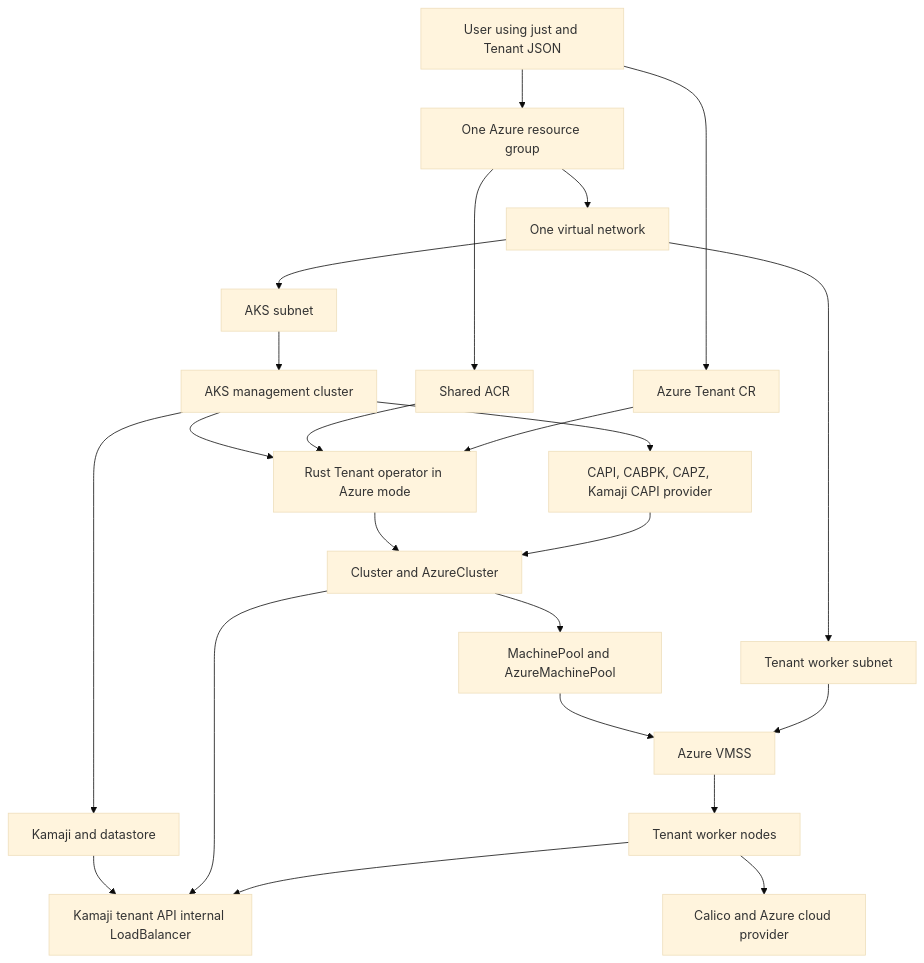
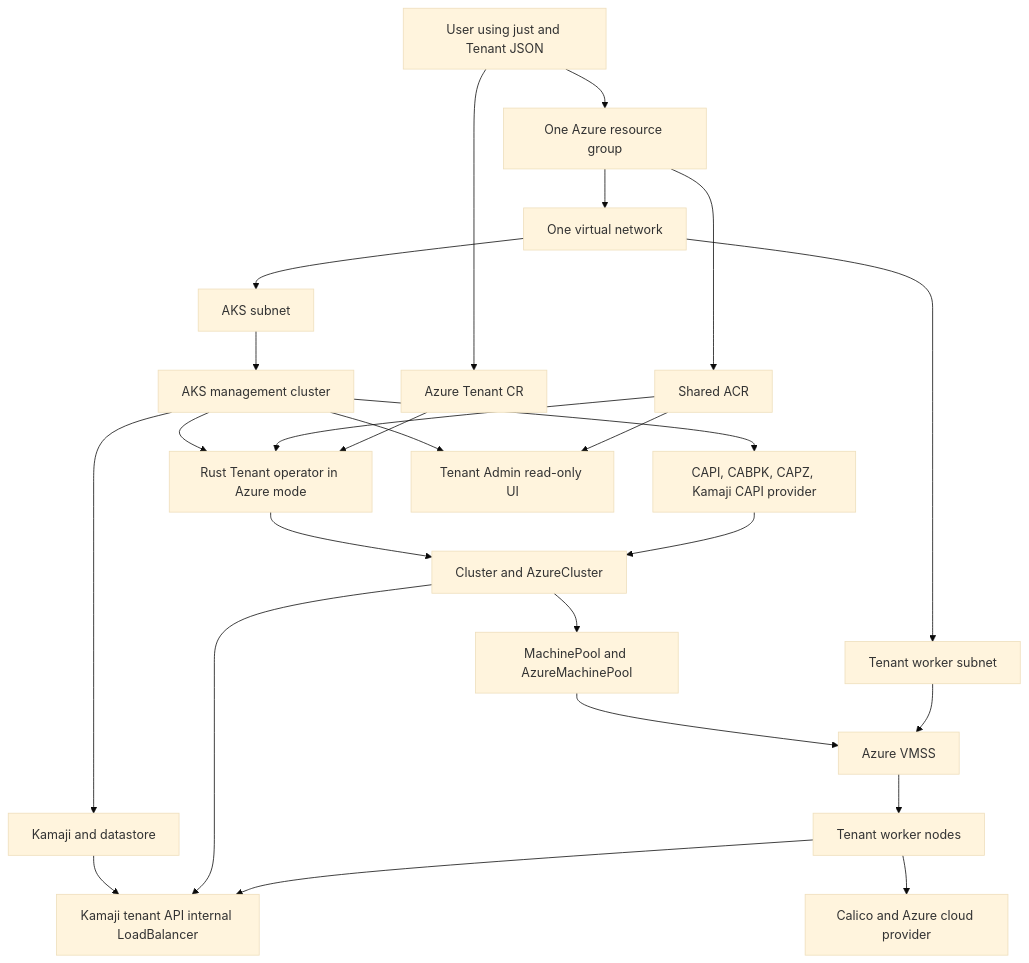
Before and after one commit to youyuanwu/cnpg-vcluster: the diagram in capi/docs/azure-experiment-design.md, drawn with Mermaid (base theme). The commit also changed other lines of this file and 74 other files, not shown here.

First line of the commit message:
[Tenant Admin UI] Add read-only Leptos management console (#29)

````diff
--- a/capi/docs/azure-experiment-design.md
+++ b/capi/docs/azure-experiment-design.md
@@ -83,43 +83,46 @@
 ```mermaid
 flowchart TB
   User[User using just and Tenant JSON]
   AzureRG[One Azure resource group]
   VNet[One virtual network]
   AKSSubnet[AKS subnet]
   TenantSubnet[Tenant worker subnet]
   AKS[AKS management cluster]
   ACR[Shared ACR]
   Controllers[CAPI, CABPK, CAPZ, Kamaji CAPI provider]
   TenantOperator[Rust Tenant operator in Azure mode]
+  Admin[Tenant Admin read-only UI]
   TenantCR[Azure Tenant CR]
   Kamaji[Kamaji and datastore]
   TenantAPI[Kamaji tenant API internal LoadBalancer]
   Cluster[Cluster and AzureCluster]
   Pool[MachinePool and AzureMachinePool]
   VMSS[Azure VMSS]
   Workers[Tenant worker nodes]
   Addons[Calico and Azure cloud provider]
 
   User --> TenantCR
   User --> AzureRG
   AzureRG --> VNet
   AzureRG --> ACR
   VNet --> AKSSubnet
   VNet --> TenantSubnet
   AKSSubnet --> AKS
   AKS --> Controllers
   AKS --> TenantOperator
+  AKS --> Admin
   ACR --> TenantOperator
+  ACR --> Admin
   TenantCR --> TenantOperator
   TenantOperator --> Cluster
   AKS --> Kamaji
   Kamaji --> TenantAPI
   Controllers --> Cluster
   Cluster --> TenantAPI
   Cluster --> Pool
   Pool --> VMSS
   TenantSubnet --> VMSS
   VMSS --> Workers
   Workers --> TenantAPI
   Workers --> Addons
 ```
````
